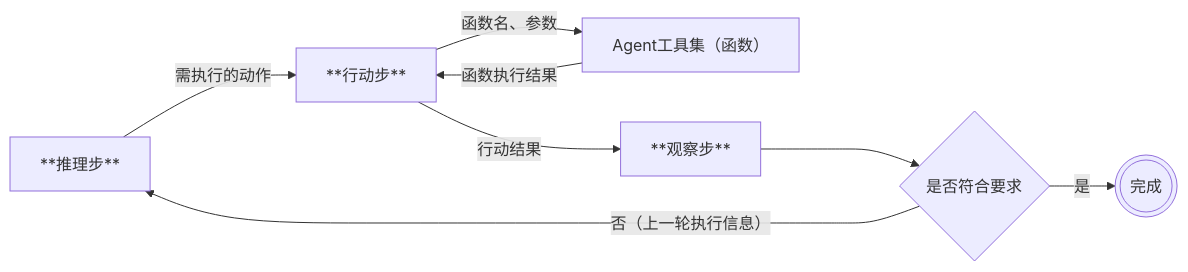
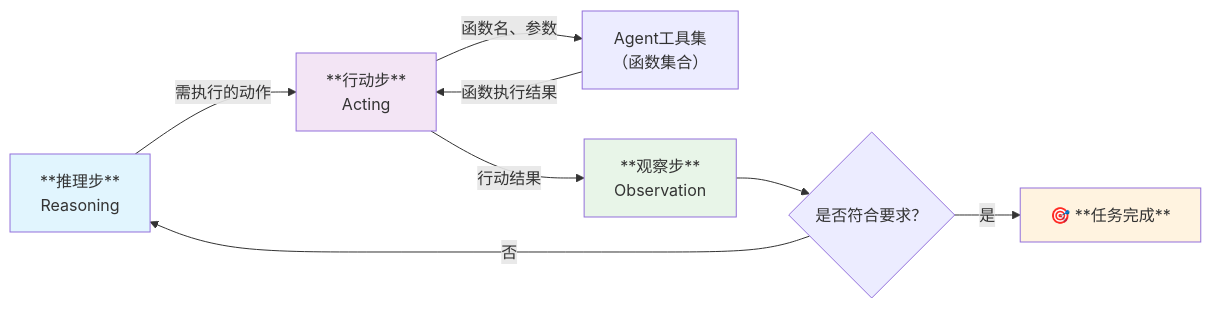
One commit to ScaleFree-Tech/YiShape-VecDB changed the first of 2 diagrams in bin/static/docs/react_agent.md. Above: the diagram before and after it, drawn with Mermaid. The commit also changed other lines of this file and 10048 other files, not shown here.

````diff
--- a/bin/static/docs/react_agent.md
+++ b/bin/static/docs/react_agent.md
@@ -11,10 +20,14 @@
 ```mermaid
 graph LR
-A[**推理步**] --需执行的动作--> B[**行动步**]
-B --函数名、参数--> B1[Agent工具集（函数）]
-B1 --函数执行结果--> B
-B --行动结果--> C[**观察步**]
-C ---> C1{是否符合要求}
-C1 --是--> D(((完成)))
-C1 --否（上一轮执行信息）--> A
+    A[**推理步**<br/>Reasoning] -->|需执行的动作| B[**行动步**<br/>Acting]
+    B -->|函数名、参数| B1[Agent工具集<br/>（函数集合）]
+    B1 -->|函数执行结果| B
+    B -->|行动结果| C[**观察步**<br/>Observation]
+    C --> C1{是否符合要求？}
+    C1 -->|是| D[🎯 **任务完成**]
+    C1 -->|否| A
+    style A fill:#e1f5fe
+    style B fill:#f3e5f5
+    style C fill:#e8f5e8
+    style D fill:#fff3e0
 ```
````
